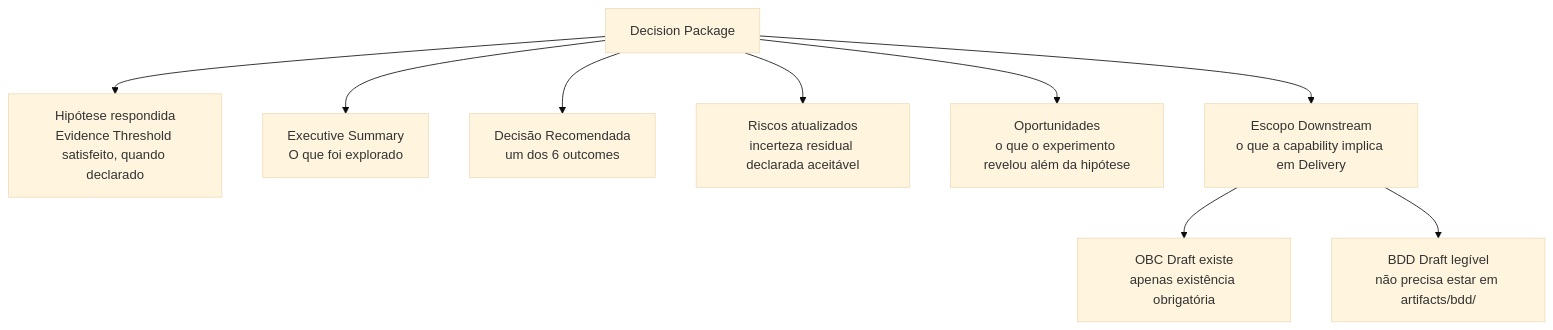
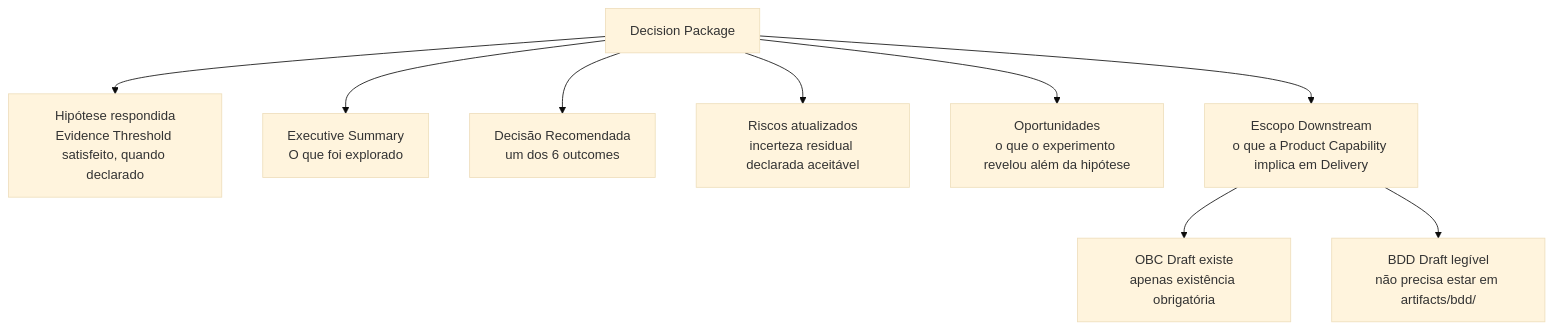
The diagram in capitulo-07.md (produtoreativo/from-intent-to-outcome), drawn with Mermaid (base theme) before and after one commit. The commit also changed other lines of this file and 17 other files, not shown here.

First line of the commit message:
refactor(terminology): substitui 'capability' por 'Product Capability' em todo o livro (PT + EN)

````diff
--- a/capitulo-07.md
+++ b/capitulo-07.md
@@ -60,11 +60,11 @@
 ```mermaid
 graph TD
     DP["Decision Package"] --> H["Hipótese respondida\nEvidence Threshold satisfeito, quando declarado"]
     DP --> ES["Executive Summary\nO que foi explorado"]
     DP --> REC["Decisão Recomendada\num dos 6 outcomes"]
     DP --> RSK["Riscos atualizados\nincerteza residual declarada aceitável"]
     DP --> OPP["Oportunidades\no que o experimento revelou além da hipótese"]
-    DP --> DS["Escopo Downstream\no que a capability implica em Delivery"]
+    DP --> DS["Escopo Downstream\no que a Product Capability implica em Delivery"]
     DS --> OBC_D["OBC Draft existe\napenas existência obrigatória"]
     DS --> BDD_D["BDD Draft legível\nnão precisa estar em artifacts/bdd/"]
 ```
````
